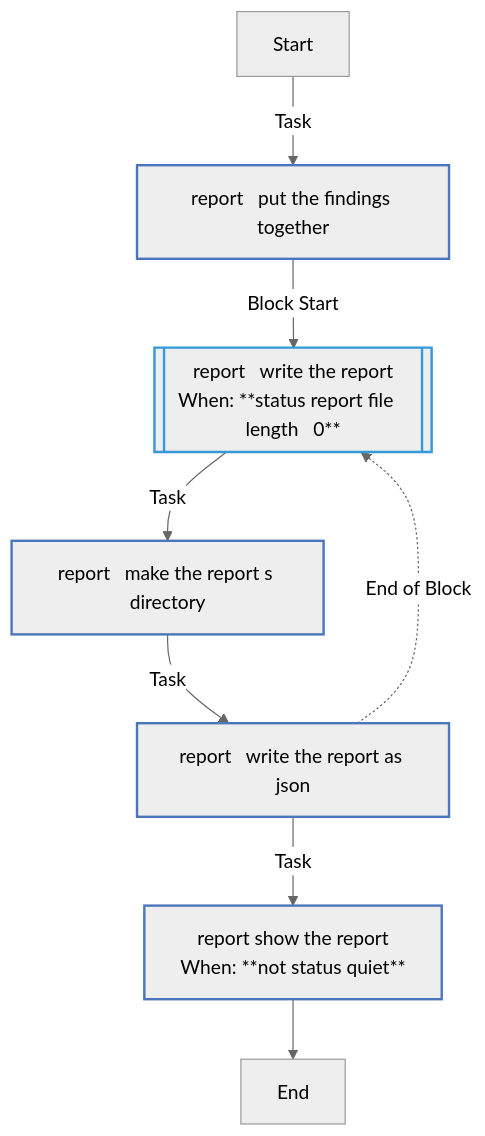
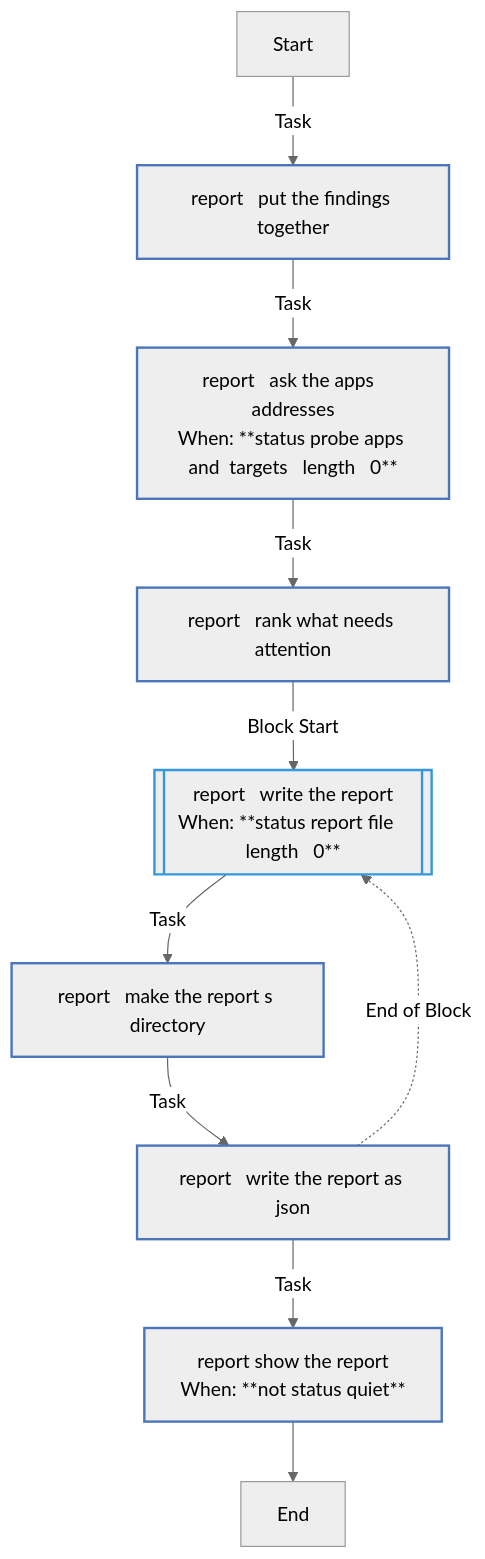
The fourth of 4 diagrams in roles/status/REFERENCE.md (kawadeomkar/homeserver), drawn with Mermaid (neutral theme) before and after one commit. The commit also changed other lines of this file and 25 other files, not shown here.

First line of the commit message:
feat(status): the cluster and its apps in make status

````diff
--- a/roles/status/REFERENCE.md
+++ b/roles/status/REFERENCE.md
@@ -365,20 +650,22 @@
 ```mermaid
 flowchart TD
 Start
 classDef block stroke:#3498db,stroke-width:2px;
 classDef task stroke:#4b76bb,stroke-width:2px;
 classDef includeTasks stroke:#16a085,stroke-width:2px;
 classDef importTasks stroke:#34495e,stroke-width:2px;
 classDef includeRole stroke:#2980b9,stroke-width:2px;
 classDef importRole stroke:#699ba7,stroke-width:2px;
 classDef includeVars stroke:#8e44ad,stroke-width:2px;
 classDef rescue stroke:#665352,stroke-width:2px;
 
   Start-->|Task| report___Put_the_findings_together0[report   put the findings together]:::task
-  report___Put_the_findings_together0-->|Block Start| report___Write_the_report1_block_start_0[[report   write the report<br>When: **status report file   length   0**]]:::block
-  report___Write_the_report1_block_start_0-->|Task| report___Make_the_report_s_directory0[report   make the report s directory]:::task
+  report___Put_the_findings_together0-->|Task| report___Ask_the_apps__addresses1[report   ask the apps  addresses<br>When: **status probe apps and  targets   length   0**]:::task
+  report___Ask_the_apps__addresses1-->|Task| report___Rank_what_needs_attention2[report   rank what needs attention]:::task
+  report___Rank_what_needs_attention2-->|Block Start| report___Write_the_report3_block_start_0[[report   write the report<br>When: **status report file   length   0**]]:::block
+  report___Write_the_report3_block_start_0-->|Task| report___Make_the_report_s_directory0[report   make the report s directory]:::task
   report___Make_the_report_s_directory0-->|Task| report___Write_the_report_as_JSON1[report   write the report as json]:::task
-  report___Write_the_report_as_JSON1-.->|End of Block| report___Write_the_report1_block_start_0
-  report___Write_the_report_as_JSON1-->|Task| report___Show_the_report2[report   show the report<br>When: **not status quiet**]:::task
-  report___Show_the_report2-->End
+  report___Write_the_report_as_JSON1-.->|End of Block| report___Write_the_report3_block_start_0
+  report___Write_the_report_as_JSON1-->|Task| report___Show_the_report4[report   show the report<br>When: **not status quiet**]:::task
+  report___Show_the_report4-->End
 ```
````
